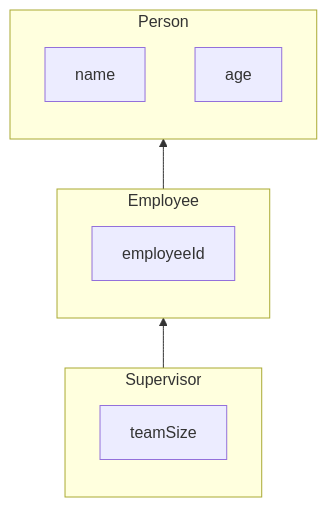
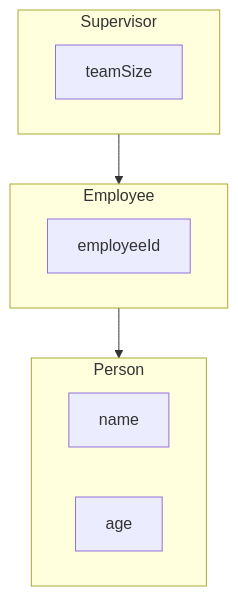
Before and after one commit to NicholasSeward/CppBook: the diagram in 13Inheritance/04constructing derived objects.md, drawn with Mermaid. The commit also changed 1 other file, not shown here.

````diff
--- a/13Inheritance/04constructing derived objects.md
+++ b/13Inheritance/04constructing derived objects.md
@@ -7,15 +7,15 @@
 ```mermaid
-flowchart BT
+flowchart TB
     subgraph Supervisor
         teamSize
     end
     subgraph Employee
         employeeId
     end
     subgraph Person
         name
         age
     end
     Supervisor --> Employee
     Employee --> Person
 ```
````
